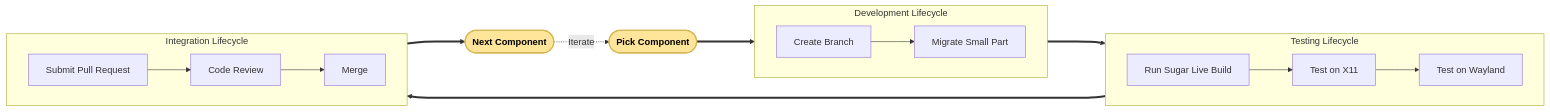
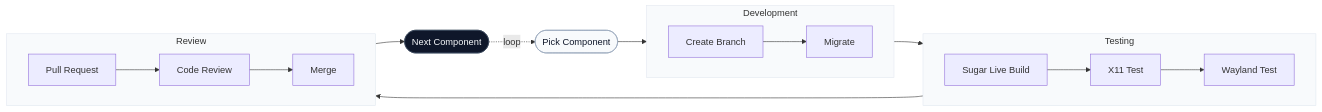
One commit to Dev10-sys/sugar-proposal-gtk changed the eighth of 11 diagrams in proposal.md. Above: the diagram before and after it, drawn with Mermaid. The commit also changed other lines of this file, not shown here.

Commit message:
Refine diagram styles and formatting in proposal.md

````diff
--- a/proposal.md
+++ b/proposal.md
@@ -522,38 +527,38 @@
 ```mermaid
 flowchart LR
-    A(["Pick Component"])
+    Start(["Pick Component"])
 
-    subgraph Execution ["Development Lifecycle"]
+    subgraph Dev ["Development"]
         direction LR
         B["Create Branch"]
-        C["Migrate Small Part"]
+        C["Migrate"]
         B --> C
     end
 
-    subgraph Verification ["Testing Lifecycle"]
+    subgraph Test ["Testing"]
         direction LR
-        D["Run Sugar Live Build"]
-        E["Test on X11"]
-        F["Test on Wayland"]
+        D["Sugar Live Build"]
+        E["X11 Test"]
+        F["Wayland Test"]
         D --> E --> F
     end
 
-    subgraph Review ["Integration Lifecycle"]
+    subgraph Review ["Review"]
         direction LR
-        G["Submit Pull Request"]
+        G["Pull Request"]
         H["Code Review"]
         I["Merge"]
         G --> H --> I
     end
 
-    J(["Next Component"])
+    Next(["Next Component"])
 
-    A ===> Execution
-    Execution ===> Verification
-    Verification ===> Review
-    Review ===> J
-    J -.->|Iterate| A
+    Start --> Dev --> Test --> Review --> Next
+    Next -.->|loop| Start
 
-    style A fill:#ffe599,stroke:#d6b656,stroke-width:2px,color:#000000,font-weight:bold
-    style J fill:#ffe599,stroke:#d6b656,stroke-width:2px,color:#000000,font-weight:bold
+    style Start fill:#f8fafc,stroke:#94a3b8,color:#0f172a
+    style Next fill:#0f172a,stroke:#334155,color:#f8fafc
+    style Dev fill:#f8fafc,stroke:#e2e8f0
+    style Test fill:#f8fafc,stroke:#e2e8f0
+    style Review fill:#f8fafc,stroke:#e2e8f0
 ```
````
